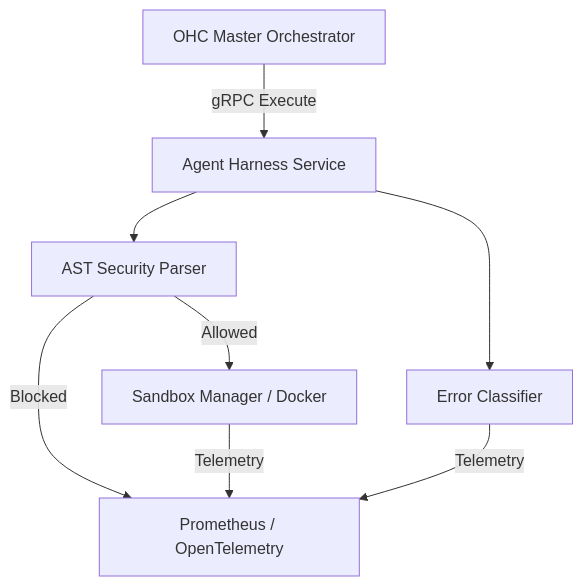
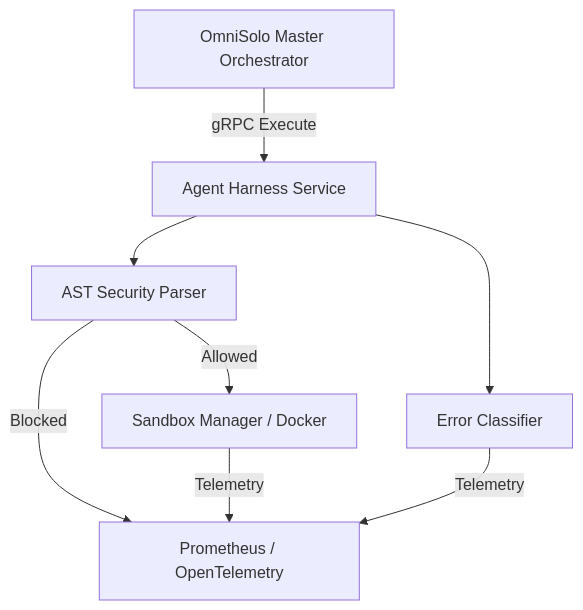
The diagram in docs/technical/research/[research]_harness_audit.md (omnisolo-llc/onehumancorp), drawn with Mermaid before and after one commit. The commit also changed other lines of this file and 2191 other files, not shown here.

Commit message:
feat: complete OmniSolo rename and browser audit

````diff
--- a/docs/technical/research/[research]_harness_audit.md
+++ b/docs/technical/research/[research]_harness_audit.md
@@ -47,10 +47,10 @@
 ```mermaid
 graph TD;
-    A[OHC Master Orchestrator] -->|gRPC Execute| B[Agent Harness Service];
+    A[OmniSolo Master Orchestrator] -->|gRPC Execute| B[Agent Harness Service];
     B --> F[AST Security Parser];
     F -->|Allowed| C[Sandbox Manager / Docker];
     F -->|Blocked| E[Prometheus / OpenTelemetry];
     B --> D[Error Classifier];
     C -->|Telemetry| E;
     D -->|Telemetry| E;
 ```
````
